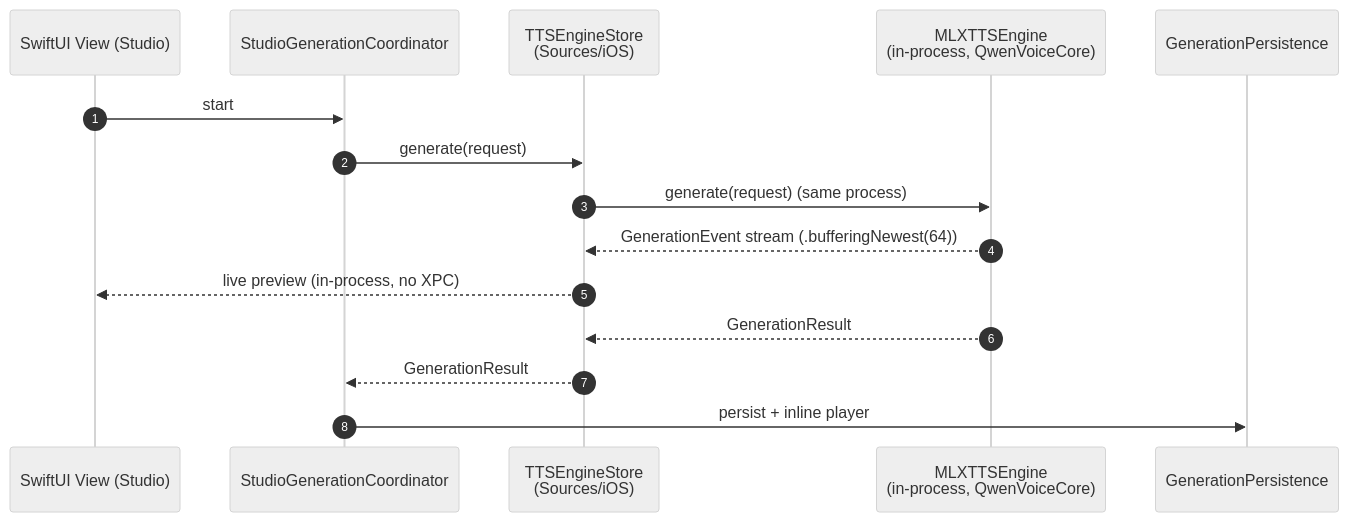
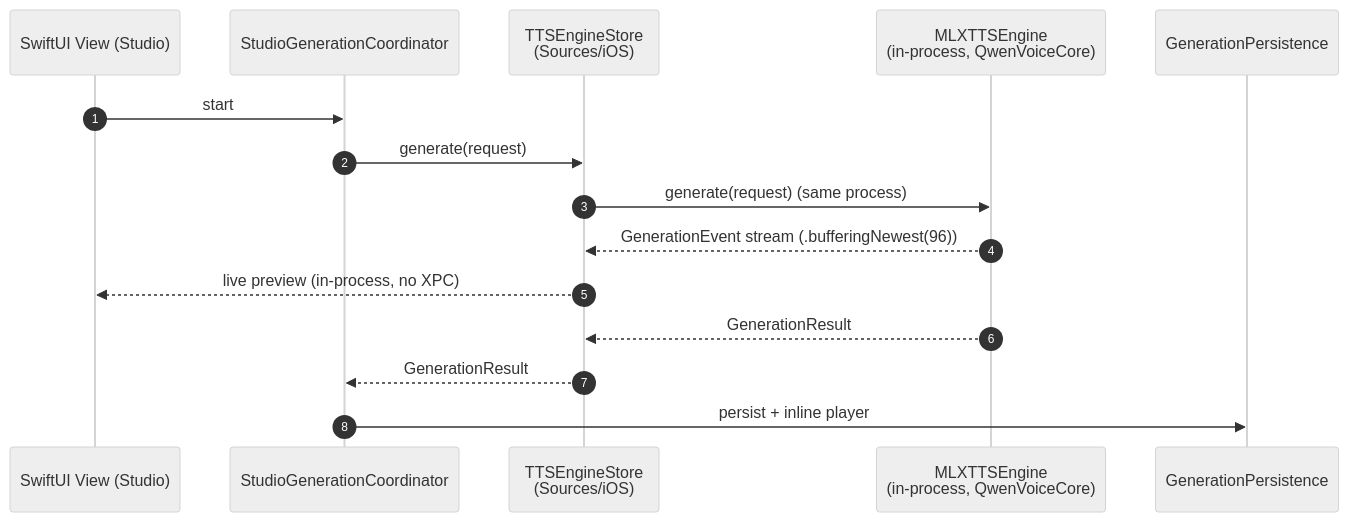
The fifth of 5 diagrams in docs/ARCHITECTURE.md (PowerBeef/QwenVoice), drawn with Mermaid (neutral theme) before and after one commit. The commit also changed other lines of this file and 297 other files, not shown here.

````diff
--- a/docs/ARCHITECTURE.md
+++ b/docs/ARCHITECTURE.md
@@ -468,18 +493,18 @@
 ```mermaid
 sequenceDiagram
     autonumber
     participant V as SwiftUI View (Studio)
     participant C as StudioGenerationCoordinator
     participant S as TTSEngineStore<br/>(Sources/iOS)
     participant E as MLXTTSEngine<br/>(in-process, QwenVoiceCore)
     participant P as GenerationPersistence
 
     V->>C: start
     C->>S: generate(request)
     S->>E: generate(request) (same process)
-    E-->>S: GenerationEvent stream (.bufferingNewest(64))
+    E-->>S: GenerationEvent stream (.bufferingNewest(96))
     S-->>V: live preview (in-process, no XPC)
     E-->>S: GenerationResult
     S-->>C: GenerationResult
     C->>P: persist + inline player
 ```
````
